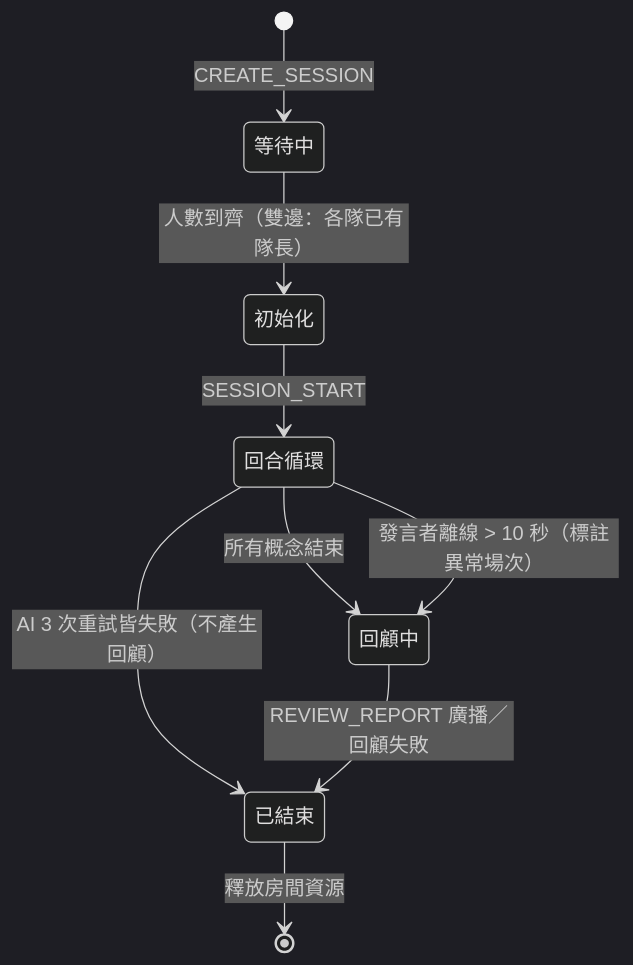
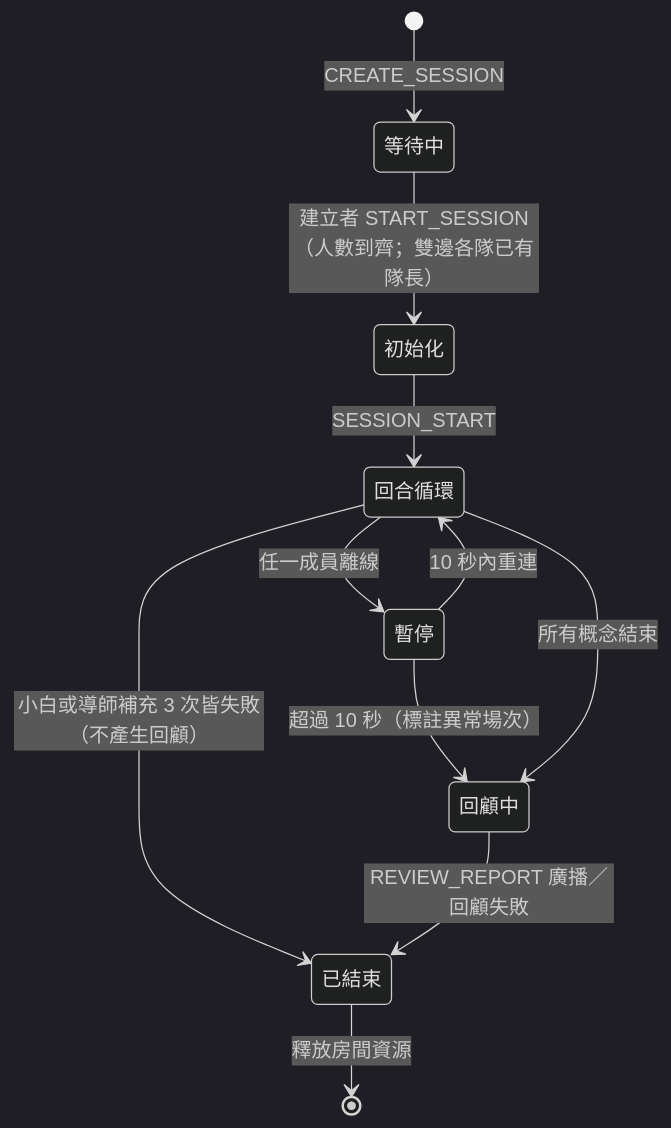
One commit to sz-hong/Feynruta changed the first of 2 diagrams in docs/PRD.md. Above: the diagram before and after it, drawn with Mermaid (dark theme). The commit also changed other lines of this file and 10 other files, not shown here.

````diff
--- a/docs/PRD.md
+++ b/docs/PRD.md
@@ -193,11 +219,13 @@
 ```mermaid
 stateDiagram-v2
     [*] --> 等待中: CREATE_SESSION
-    等待中 --> 初始化: 人數到齊（雙邊：各隊已有隊長）
+    等待中 --> 初始化: 建立者 START_SESSION（人數到齊；雙邊各隊已有隊長）
     初始化 --> 回合循環: SESSION_START
+    回合循環 --> 暫停: 任一成員離線
+    暫停 --> 回合循環: 10 秒內重連
+    暫停 --> 回顧中: 超過 10 秒（標註異常場次）
     回合循環 --> 回顧中: 所有概念結束
-    回合循環 --> 回顧中: 發言者離線 > 10 秒（標註異常場次）
-    回合循環 --> 已結束: AI 3 次重試皆失敗（不產生回顧）
+    回合循環 --> 已結束: 小白或導師補充 3 次皆失敗（不產生回顧）
     回顧中 --> 已結束: REVIEW_REPORT 廣播／回顧失敗
     已結束 --> [*]: 釋放房間資源
 ```
````
